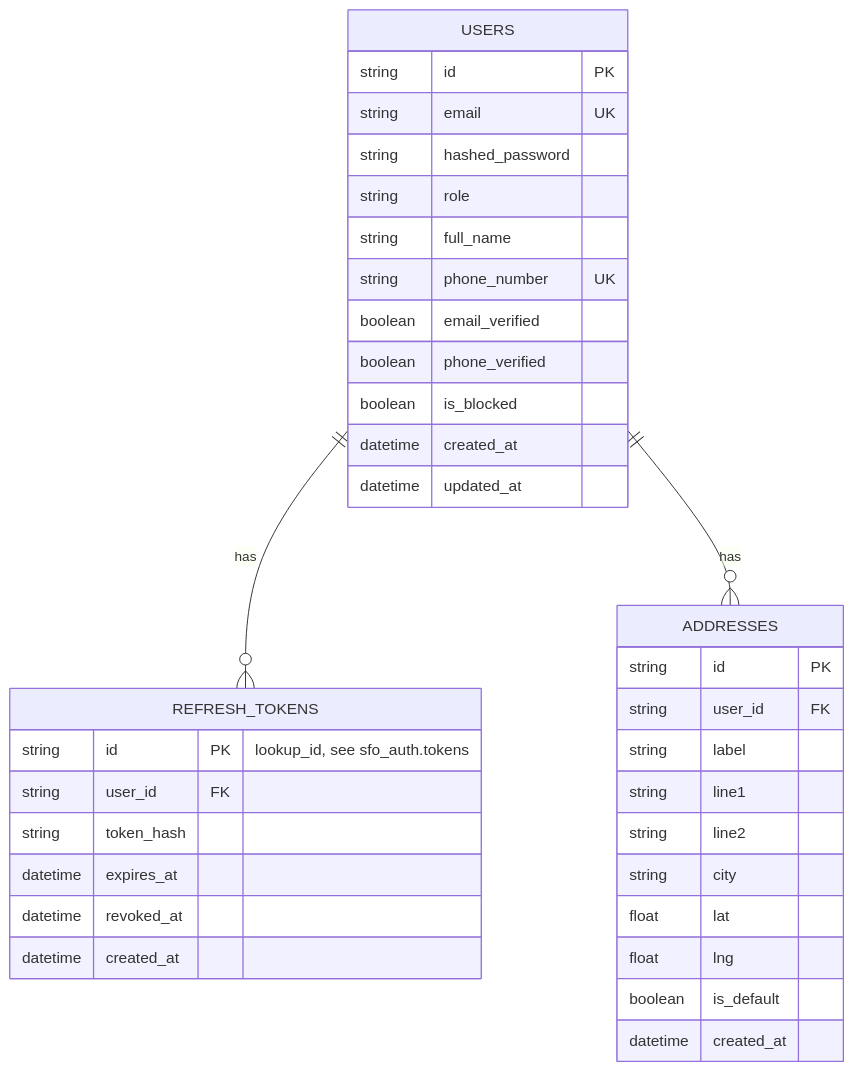
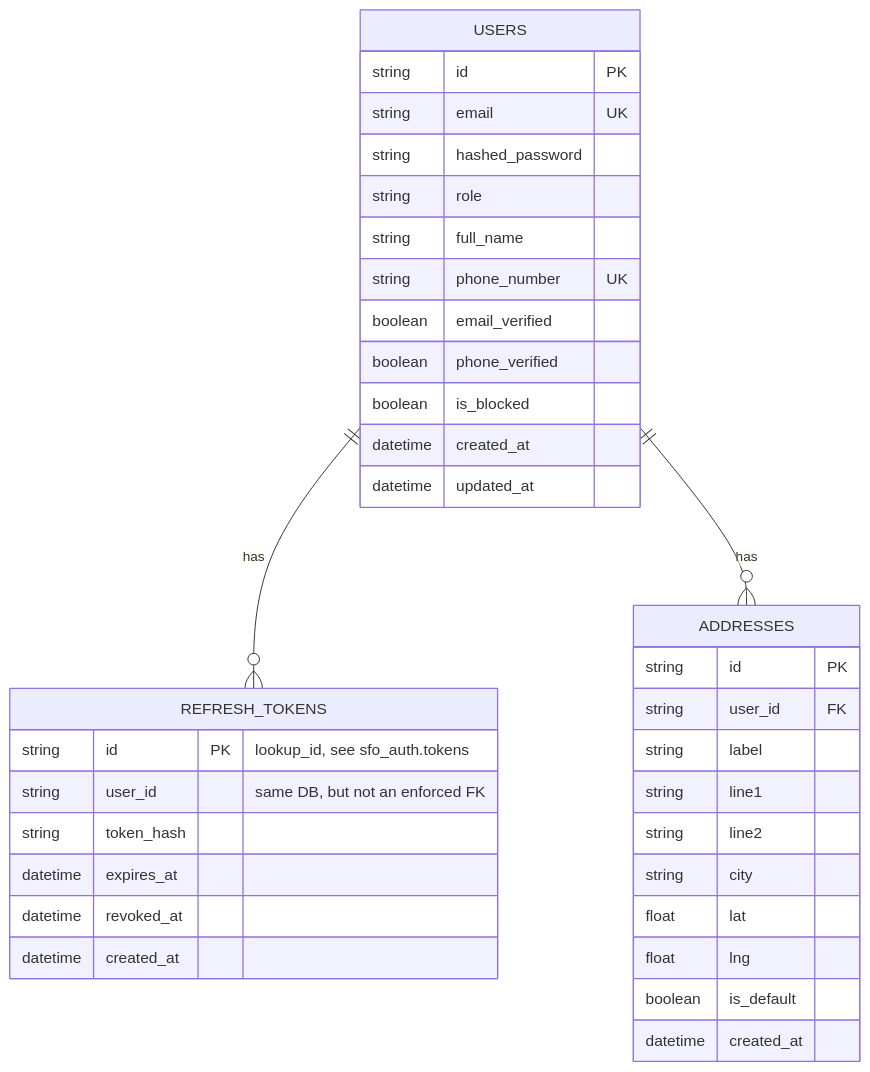
Before and after one commit to umer-emumba/smartfoodops-ms: the second of 9 diagrams in docs/diagrams.md, drawn with Mermaid. The commit also changed other lines of this file and 66 other files, not shown here.

````diff
--- a/docs/diagrams.md
+++ b/docs/diagrams.md
@@ -57,39 +61,39 @@
 ```mermaid
 erDiagram
     USERS ||--o{ REFRESH_TOKENS : has
     USERS ||--o{ ADDRESSES : has
 
     USERS {
         string id PK
         string email UK
         string hashed_password
         string role
         string full_name
         string phone_number UK
         boolean email_verified
         boolean phone_verified
         boolean is_blocked
         datetime created_at
         datetime updated_at
     }
     REFRESH_TOKENS {
         string id PK "lookup_id, see sfo_auth.tokens"
-        string user_id FK
+        string user_id "same DB, but not an enforced FK"
         string token_hash
         datetime expires_at
         datetime revoked_at
         datetime created_at
     }
     ADDRESSES {
         string id PK
         string user_id FK
         string label
         string line1
         string line2
         string city
         float lat
         float lng
         boolean is_default
         datetime created_at
     }
 ```
````
